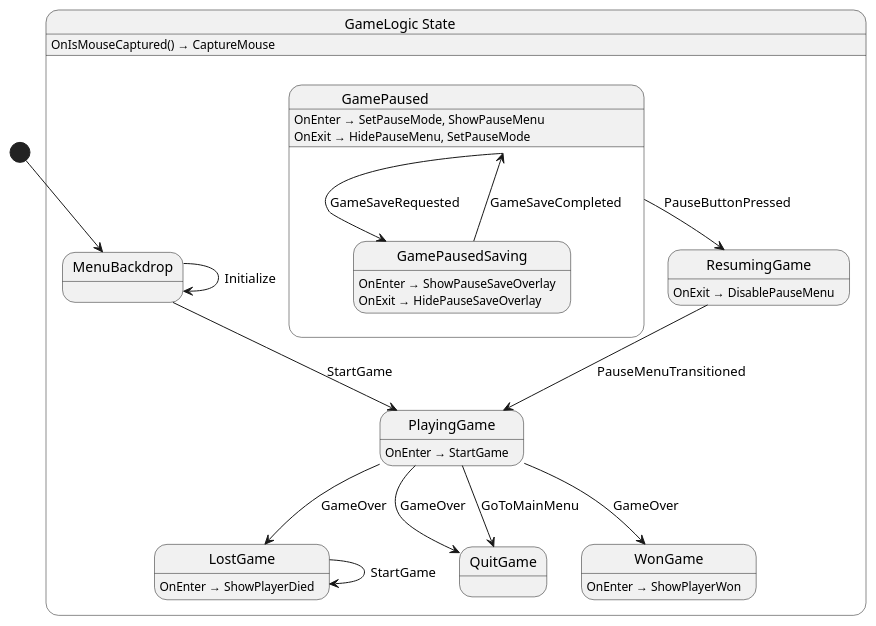
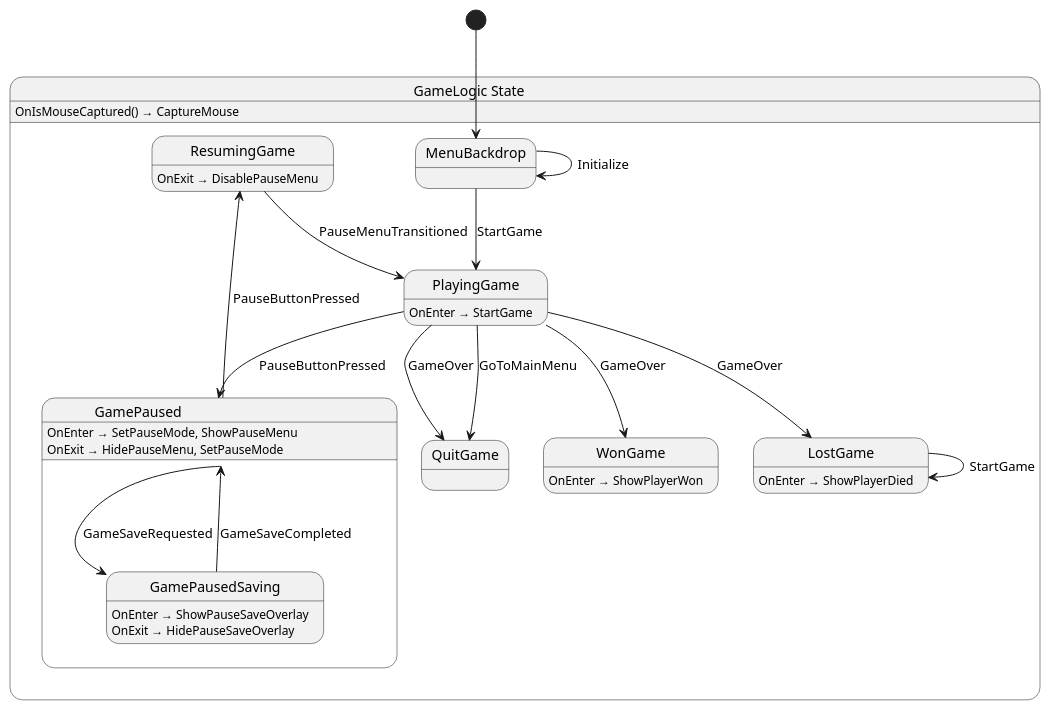
One commit to chickensoft-games/GameDemo changed the diagram in src/game/state/GameLogic.g.puml. Above: the diagram before and after it, drawn with PlantUML. The commit also changed 10 other files, not shown here.

```diff
--- a/src/game/state/GameLogic.g.puml
+++ b/src/game/state/GameLogic.g.puml
@@ -1,41 +1,42 @@
 @startuml GameLogic
 state "GameLogic State" as GameDemo_GameLogic_State {
   state "GamePaused" as GameDemo_GameLogic_State_GamePaused {
     state "GamePausedSaving" as GameDemo_GameLogic_State_GamePausedSaving {
       GameDemo_GameLogic_State_GamePausedSaving : OnEnter → ShowPauseSaveOverlay
       GameDemo_GameLogic_State_GamePausedSaving : OnExit → HidePauseSaveOverlay
     }
     GameDemo_GameLogic_State_GamePaused : OnEnter → SetPauseMode, ShowPauseMenu
     GameDemo_GameLogic_State_GamePaused : OnExit → HidePauseMenu, SetPauseMode
   }
   state "LostGame" as GameDemo_GameLogic_State_LostGame {
     GameDemo_GameLogic_State_LostGame : OnEnter → ShowPlayerDied
   }
   state "MenuBackdrop" as GameDemo_GameLogic_State_MenuBackdrop
   state "PlayingGame" as GameDemo_GameLogic_State_PlayingGame {
     GameDemo_GameLogic_State_PlayingGame : OnEnter → StartGame
   }
   state "QuitGame" as GameDemo_GameLogic_State_QuitGame
   state "ResumingGame" as GameDemo_GameLogic_State_ResumingGame {
     GameDemo_GameLogic_State_ResumingGame : OnExit → DisablePauseMenu
   }
   state "WonGame" as GameDemo_GameLogic_State_WonGame {
     GameDemo_GameLogic_State_WonGame : OnEnter → ShowPlayerWon
   }
   GameDemo_GameLogic_State : OnIsMouseCaptured() → CaptureMouse
 }
 
 GameDemo_GameLogic_State_GamePaused --> GameDemo_GameLogic_State_GamePausedSaving : GameSaveRequested
 GameDemo_GameLogic_State_GamePaused --> GameDemo_GameLogic_State_ResumingGame : PauseButtonPressed
 GameDemo_GameLogic_State_GamePausedSaving --> GameDemo_GameLogic_State_GamePaused : GameSaveCompleted
 GameDemo_GameLogic_State_LostGame --> GameDemo_GameLogic_State_LostGame : StartGame
 GameDemo_GameLogic_State_MenuBackdrop --> GameDemo_GameLogic_State_MenuBackdrop : Initialize
 GameDemo_GameLogic_State_MenuBackdrop --> GameDemo_GameLogic_State_PlayingGame : StartGame
+GameDemo_GameLogic_State_PlayingGame --> GameDemo_GameLogic_State_GamePaused : PauseButtonPressed
 GameDemo_GameLogic_State_PlayingGame --> GameDemo_GameLogic_State_LostGame : GameOver
 GameDemo_GameLogic_State_PlayingGame --> GameDemo_GameLogic_State_QuitGame : GameOver
 GameDemo_GameLogic_State_PlayingGame --> GameDemo_GameLogic_State_QuitGame : GoToMainMenu
 GameDemo_GameLogic_State_PlayingGame --> GameDemo_GameLogic_State_WonGame : GameOver
 GameDemo_GameLogic_State_ResumingGame --> GameDemo_GameLogic_State_PlayingGame : PauseMenuTransitioned
 
 [*] --> GameDemo_GameLogic_State_MenuBackdrop
 @enduml
```
